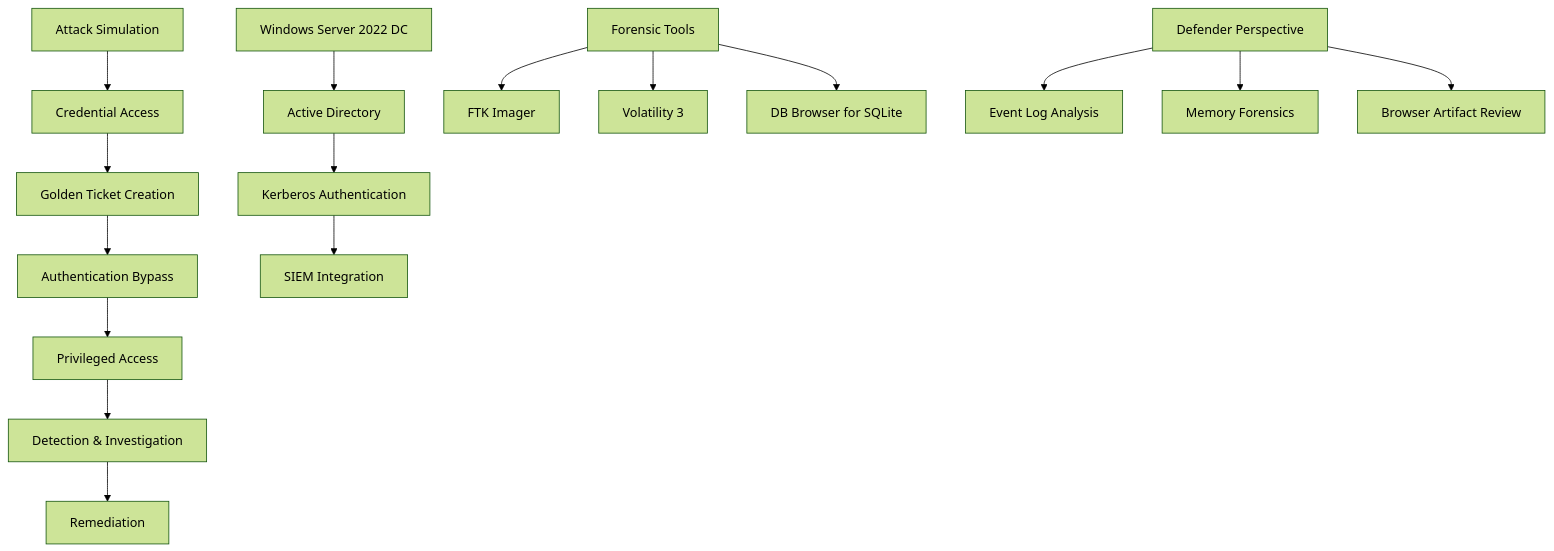
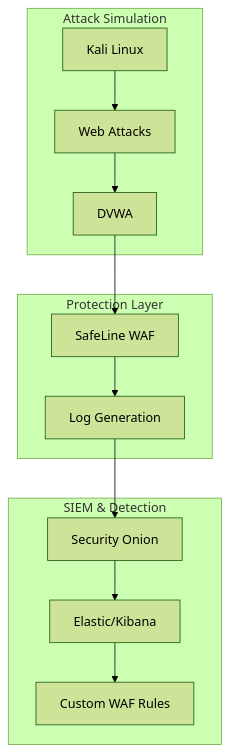
The diagram in README.md (Dmokom1/WAF-Deployment-SIEM-Integration), drawn with Mermaid (forest theme) before and after one commit.

Commit message:
Update diagram to match project focus (WAF deployment and SIEM integration)

````diff
--- a/README.md
+++ b/README.md
@@ -48,21 +48,24 @@
 ```mermaid
 graph TD
-    A[Attack Simulation] --> B[Credential Access]
-    B --> C[Golden Ticket Creation]
-    C --> D[Authentication Bypass]
-    D --> E[Privileged Access]
-    E --> F[Detection & Investigation]
-    F --> G[Remediation]
+    subgraph "Attack Simulation"
+        A[Kali Linux] --> B[Web Attacks]
+        B --> C[DVWA]
+    end
     
-    H[Windows Server 2022 DC] --> I[Active Directory]
-    I --> J[Kerberos Authentication]
-    J --> K[SIEM Integration]
+    subgraph "Protection Layer"
+        D[SafeLine WAF]
+        E[Log Generation]
+    end
     
-    L[Forensic Tools] --> M[FTK Imager]
-    L --> N[Volatility 3]
-    L --> O[DB Browser for SQLite]
+    subgraph "SIEM & Detection"
+        F[Security Onion]
+        G[Elastic/Kibana]
+        H[Custom WAF Rules]
+    end
     
-    P[Defender Perspective] --> Q[Event Log Analysis]
-    P --> R[Memory Forensics]
-    P --> S[Browser Artifact Review]
+    C --> D
+    D --> E
+    E --> F
+    F --> G
+    G --> H
 ```
````
